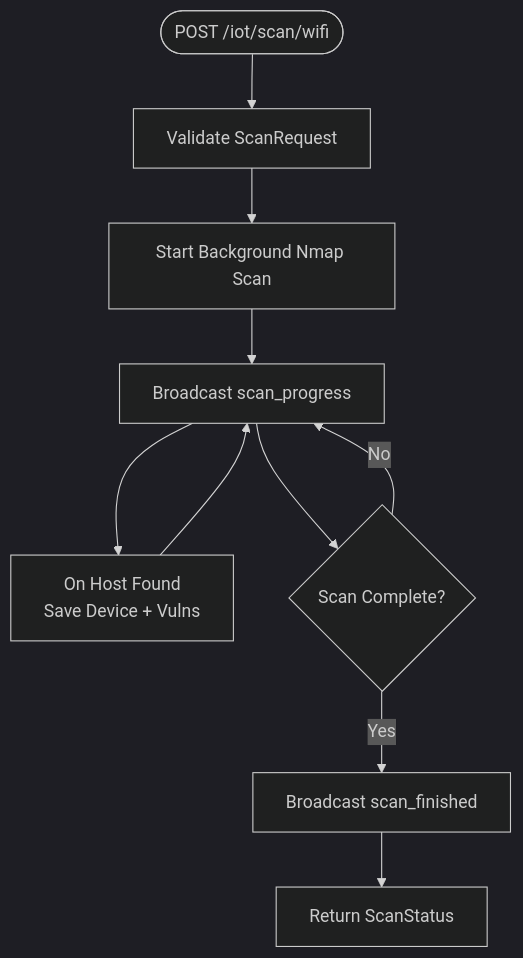
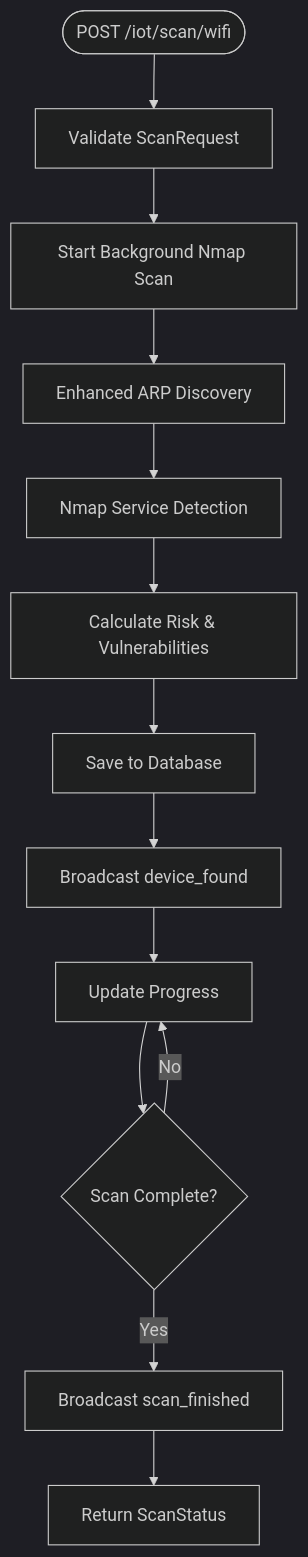
Before and after one commit to MohandWaleed3/PentexOne: the third of 9 diagrams in .qoder/repowiki/en/content/API Reference/API Reference.md, drawn with Mermaid (dark theme). The commit also changed other lines of this file and 16 other files, not shown here.

````diff
--- a/.qoder/repowiki/en/content/API Reference/API Reference.md
+++ b/.qoder/repowiki/en/content/API Reference/API Reference.md
@@ -169,12 +182,15 @@
 ```mermaid
 flowchart TD
 Start(["POST /iot/scan/wifi"]) --> Validate["Validate ScanRequest"]
 Validate --> StartScan["Start Background Nmap Scan"]
-StartScan --> Progress["Broadcast scan_progress"]
-Progress --> Found["On Host Found<br/>Save Device + Vulns"]
-Found --> Progress
+StartScan --> ARPDiscovery["Enhanced ARP Discovery"]
+ARPDiscovery --> NmapService["Nmap Service Detection"]
+NmapService --> RiskCalc["Calculate Risk & Vulnerabilities"]
+RiskCalc --> SaveDB["Save to Database"]
+SaveDB --> Broadcast["Broadcast device_found"]
+Broadcast --> Progress["Update Progress"]
 Progress --> Done{"Scan Complete?"}
 Done --> |No| Progress
 Done --> |Yes| Finish["Broadcast scan_finished"]
 Finish --> Return["Return ScanStatus"]
 ```
````
